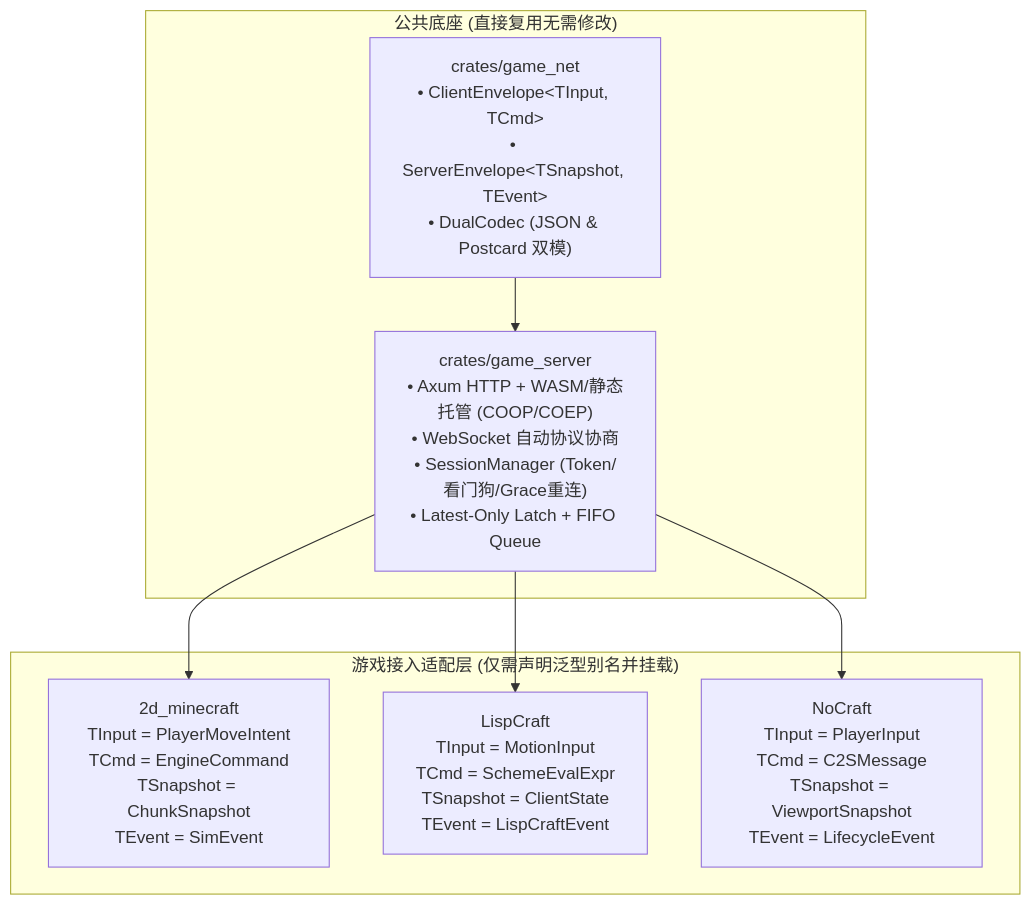
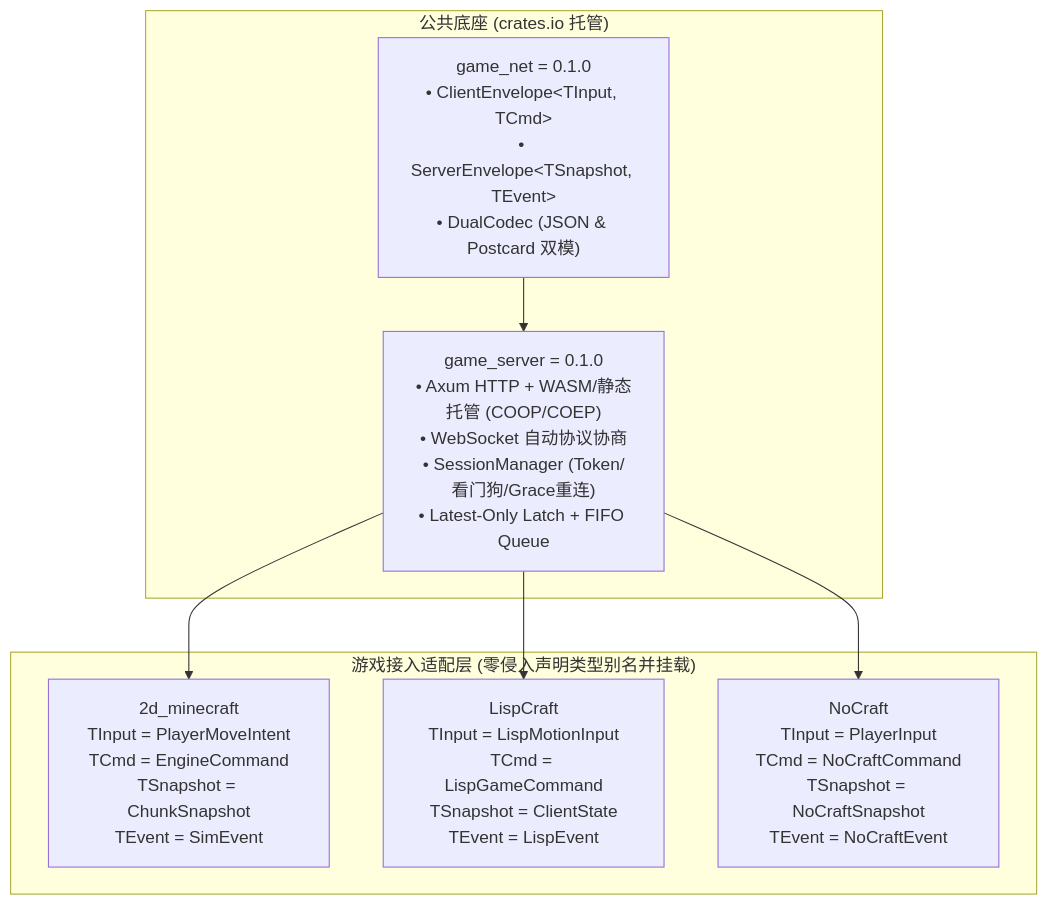
The diagram in docs/CROSS_GAME_PORTING.md (ouut/2d_minecraft), drawn with Mermaid before and after one commit. The commit also changed other lines of this file and 2 other files, not shown here.

Commit message:
docs: split cross_game_porting into dedicated guides for LispCraft and NoCraft

````diff
--- a/docs/CROSS_GAME_PORTING.md
+++ b/docs/CROSS_GAME_PORTING.md
@@ -11,18 +27,18 @@
 ```mermaid
 flowchart TD
-    subgraph CommonEngine["公共底座 (直接复用无需修改)"]
-        Net["crates/game_net<br/>• ClientEnvelope&lt;TInput, TCmd&gt;<br/>• ServerEnvelope&lt;TSnapshot, TEvent&gt;<br/>• DualCodec (JSON &amp; Postcard 双模)"]
-        Server["crates/game_server<br/>• Axum HTTP + WASM/静态托管 (COOP/COEP)<br/>• WebSocket 自动协议协商<br/>• SessionManager (Token/看门狗/Grace重连)<br/>• Latest-Only Latch + FIFO Queue"]
+    subgraph CommonEngine["公共底座 (crates.io 托管)"]
+        Net["game_net = 0.1.0<br/>• ClientEnvelope&lt;TInput, TCmd&gt;<br/>• ServerEnvelope&lt;TSnapshot, TEvent&gt;<br/>• DualCodec (JSON &amp; Postcard 双模)"]
+        Server["game_server = 0.1.0<br/>• Axum HTTP + WASM/静态托管 (COOP/COEP)<br/>• WebSocket 自动协议协商<br/>• SessionManager (Token/看门狗/Grace重连)<br/>• Latest-Only Latch + FIFO Queue"]
     end
 
-    subgraph Adapters["游戏接入适配层 (仅需声明泛型别名并挂载)"]
+    subgraph Adapters["游戏接入适配层 (零侵入声明类型别名并挂载)"]
         MC["2d_minecraft<br/>TInput = PlayerMoveIntent<br/>TCmd = EngineCommand<br/>TSnapshot = ChunkSnapshot<br/>TEvent = SimEvent"]
-        LC["LispCraft<br/>TInput = MotionInput<br/>TCmd = SchemeEvalExpr<br/>TSnapshot = ClientState<br/>TEvent = LispCraftEvent"]
-        NC["NoCraft<br/>TInput = PlayerInput<br/>TCmd = C2SMessage<br/>TSnapshot = ViewportSnapshot<br/>TEvent = LifecycleEvent"]
+        LC["LispCraft<br/>TInput = LispMotionInput<br/>TCmd = LispGameCommand<br/>TSnapshot = ClientState<br/>TEvent = LispEvent"]
+        NC["NoCraft<br/>TInput = PlayerInput<br/>TCmd = NoCraftCommand<br/>TSnapshot = NoCraftSnapshot<br/>TEvent = NoCraftEvent"]
     end
 
     Net --> Server
     Server --> MC
     Server --> LC
     Server --> NC
 ```
````
